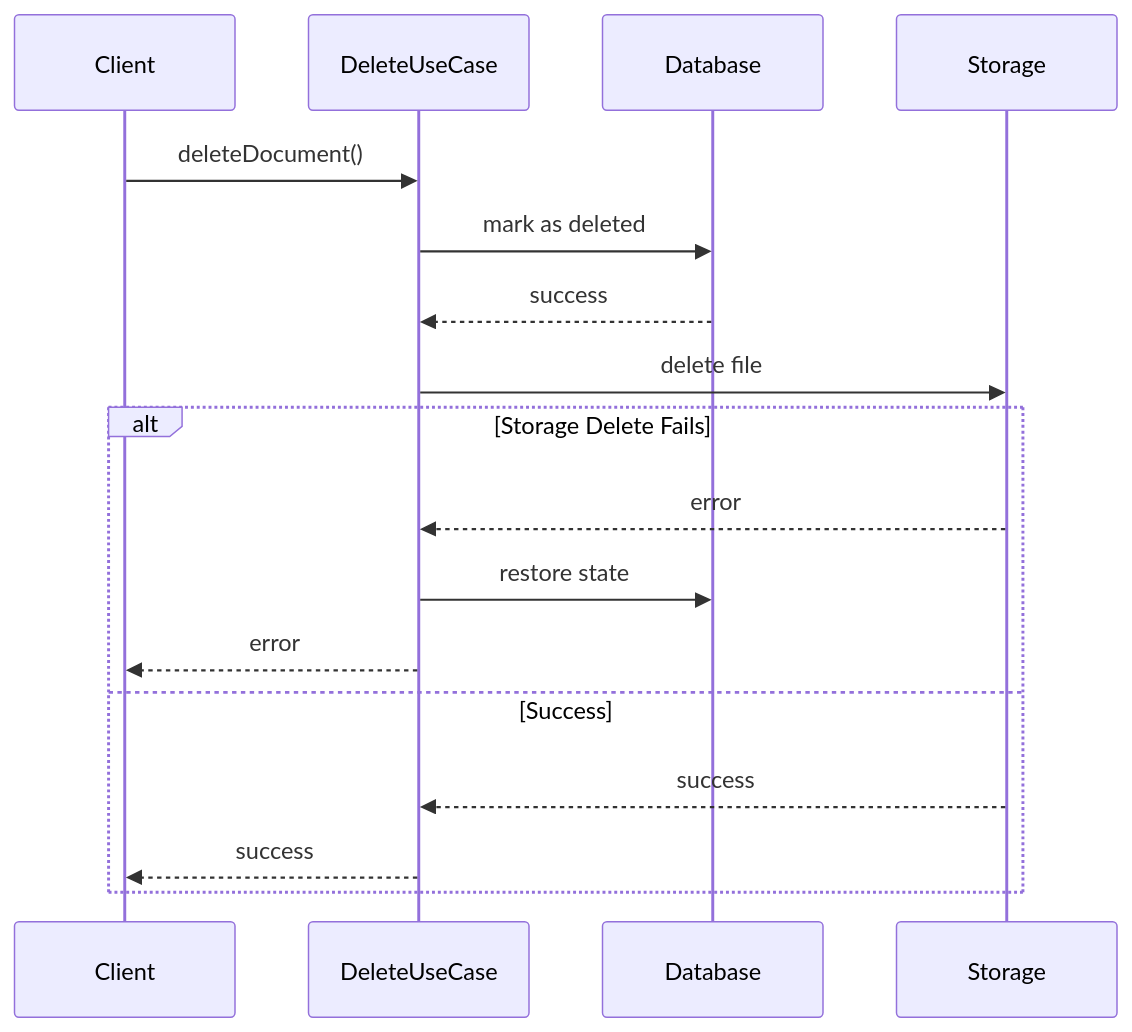
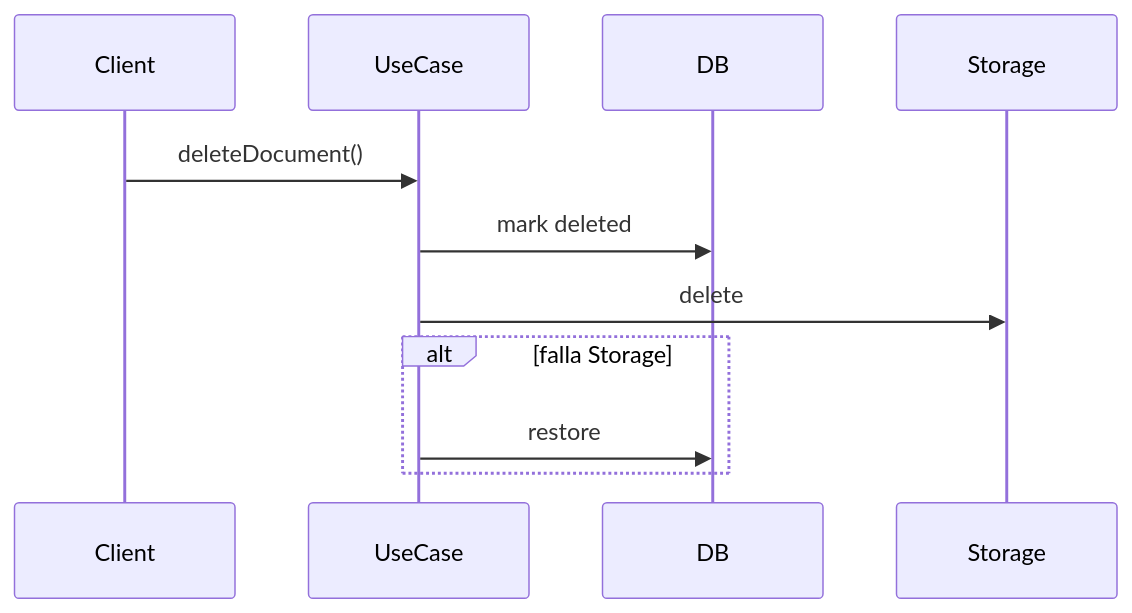
The second of 3 diagrams in backend/src/modules/repository_documents/docs/CONSISTENCY_PATTERN.md (PaulLandaeta/Learning-Agent), drawn with Mermaid before and after one commit. The commit also changed other lines of this file and 1 other file, not shown here.

Commit message:
Feat-234-strong-consistency-storage-db

````diff
--- a/backend/src/modules/repository_documents/docs/CONSISTENCY_PATTERN.md
+++ b/backend/src/modules/repository_documents/docs/CONSISTENCY_PATTERN.md
@@ -48,20 +31,9 @@
 ```mermaid
 sequenceDiagram
-    participant Client
-    participant DeleteUseCase
-    participant Database
-    participant Storage
-    
-    Client->>DeleteUseCase: deleteDocument()
-    DeleteUseCase->>Database: mark as deleted
-    Database-->>DeleteUseCase: success
-    DeleteUseCase->>Storage: delete file
-    alt Storage Delete Fails
-        Storage-->>DeleteUseCase: error
-        DeleteUseCase->>Database: restore state
-        DeleteUseCase-->>Client: error
-    else Success
-        Storage-->>DeleteUseCase: success
-        DeleteUseCase-->>Client: success
+    Client->>UseCase: deleteDocument()
+    UseCase->>DB: mark deleted
+    UseCase->>Storage: delete
+    alt falla Storage
+        UseCase->>DB: restore
     end
 ```
````
